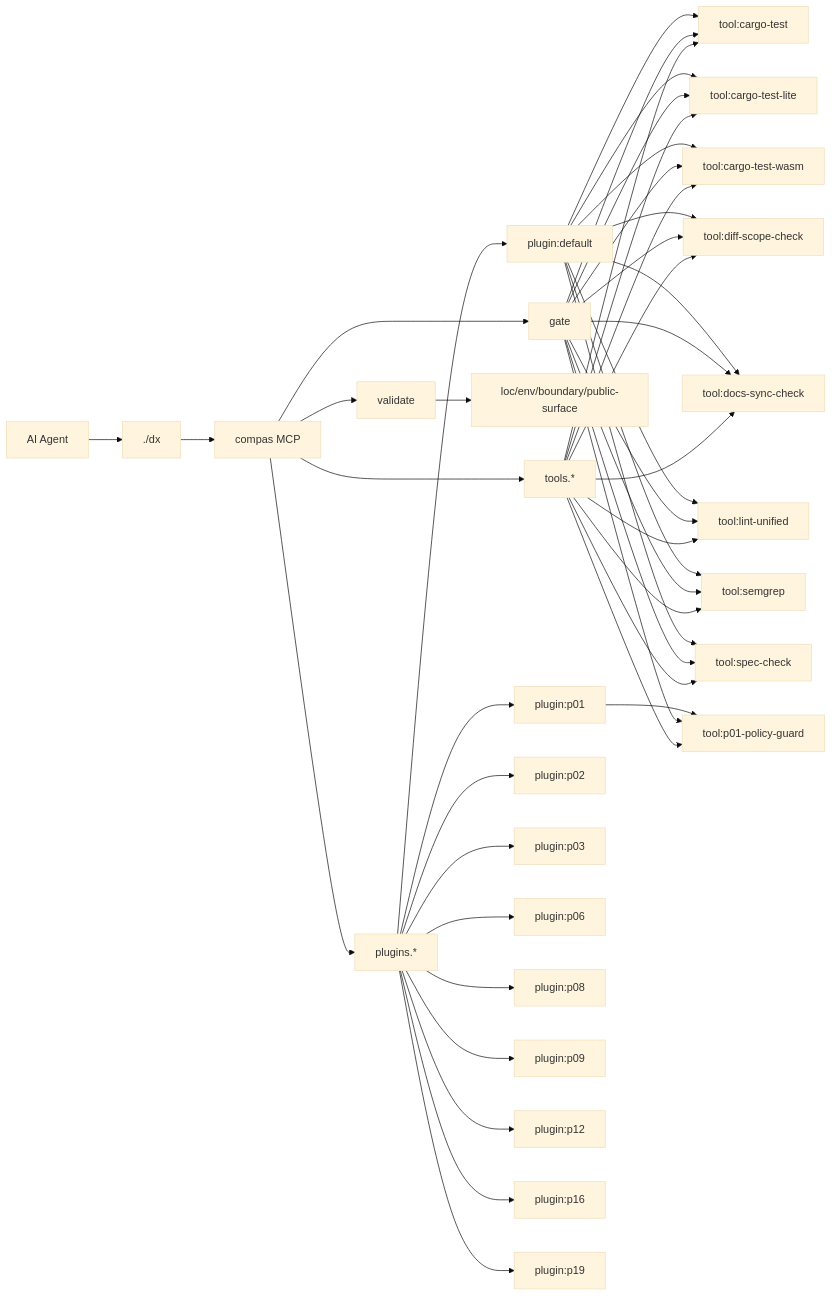
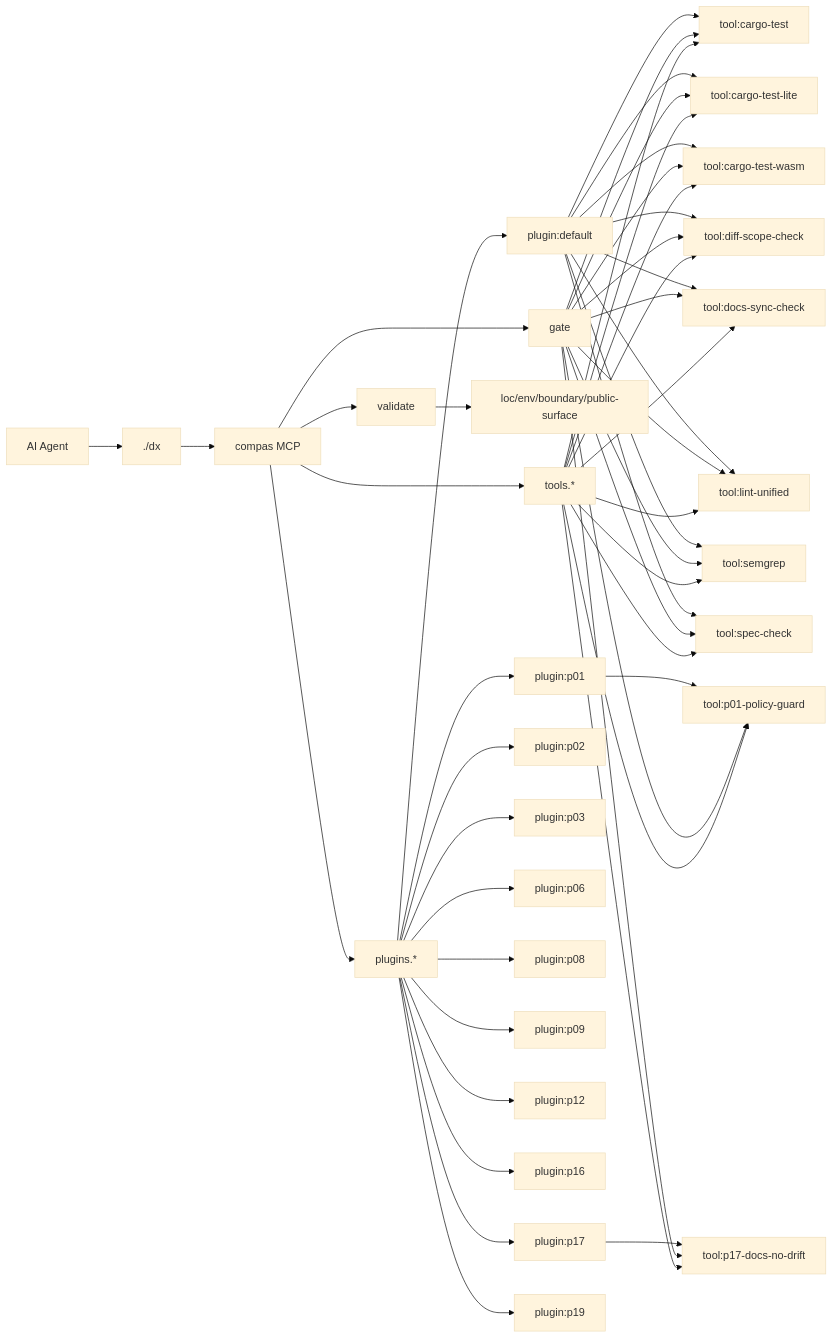
One commit to AmirTlinov/compas changed the diagram in AGENTS.md. Above: the diagram before and after it, drawn with Mermaid (base theme). The commit also changed other lines of this file and 4 other files, not shown here.

````diff
--- a/AGENTS.md
+++ b/AGENTS.md
@@ -64,47 +66,51 @@
 ```mermaid
 flowchart LR
   Agent[AI Agent] --> DX[./dx]
   DX --> MCP[compas MCP]
   MCP --> V[validate]
   MCP --> G[gate]
   MCP --> PL[plugins.*]
   MCP --> TL[tools.*]
   V --> C1[loc/env/boundary/public-surface]
   PL --> P_default["plugin:default"]
   P_default --> T_cargo_test["tool:cargo-test"]
   G --> T_cargo_test
   P_default --> T_cargo_test_lite["tool:cargo-test-lite"]
   G --> T_cargo_test_lite
   P_default --> T_cargo_test_wasm["tool:cargo-test-wasm"]
   G --> T_cargo_test_wasm
   P_default --> T_diff_scope_check["tool:diff-scope-check"]
   G --> T_diff_scope_check
   P_default --> T_docs_sync_check["tool:docs-sync-check"]
   G --> T_docs_sync_check
   P_default --> T_lint_unified["tool:lint-unified"]
   G --> T_lint_unified
   P_default --> T_semgrep["tool:semgrep"]
   G --> T_semgrep
   P_default --> T_spec_check["tool:spec-check"]
   G --> T_spec_check
   PL --> P_p01["plugin:p01"]
   P_p01 --> T_p01_policy_guard["tool:p01-policy-guard"]
   G --> T_p01_policy_guard
   PL --> P_p02["plugin:p02"]
   PL --> P_p03["plugin:p03"]
   PL --> P_p06["plugin:p06"]
   PL --> P_p08["plugin:p08"]
   PL --> P_p09["plugin:p09"]
   PL --> P_p12["plugin:p12"]
   PL --> P_p16["plugin:p16"]
+  PL --> P_p17["plugin:p17"]
+  P_p17 --> T_p17_docs_no_drift["tool:p17-docs-no-drift"]
+  G --> T_p17_docs_no_drift
   PL --> P_p19["plugin:p19"]
   TL --> T_cargo_test
   TL --> T_cargo_test_lite
   TL --> T_cargo_test_wasm
   TL --> T_diff_scope_check
   TL --> T_docs_sync_check
   TL --> T_lint_unified
   TL --> T_p01_policy_guard
+  TL --> T_p17_docs_no_drift
   TL --> T_semgrep
   TL --> T_spec_check
 ```
````
